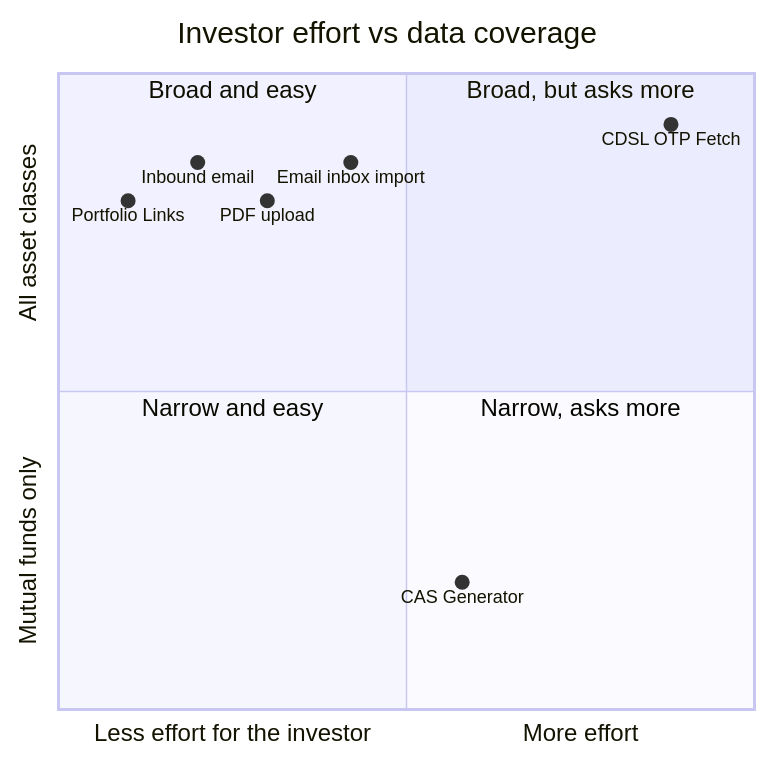
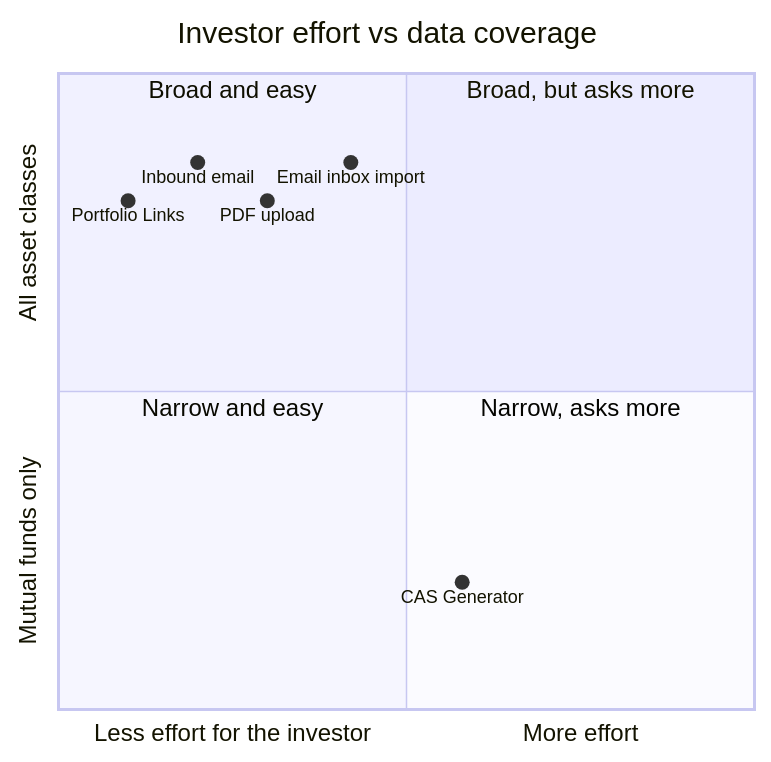
Before and after one commit to CASParser/agent-toolkit: the second of 2 diagrams in docs/guides/parsing.mdx, drawn with Mermaid. The commit also changed other lines of this file, not shown here.

Commit message:
docs: drop CDSL OTP Fetch from the ingestion comparison

````diff
--- a/docs/guides/parsing.mdx
+++ b/docs/guides/parsing.mdx
@@ -20,16 +20,15 @@
 ```mermaid
 quadrantChart
     title Investor effort vs data coverage
     x-axis "Less effort for the investor" --> "More effort"
     y-axis "Mutual funds only" --> "All asset classes"
     quadrant-1 "Broad, but asks more"
     quadrant-2 "Broad and easy"
     quadrant-3 "Narrow and easy"
     quadrant-4 "Narrow, asks more"
     "Portfolio Links": [0.10, 0.80]
     "Inbound email": [0.20, 0.86]
     "PDF upload": [0.30, 0.80]
     "Email inbox import": [0.42, 0.86]
     "CAS Generator": [0.58, 0.20]
-    "CDSL OTP Fetch": [0.88, 0.92]
 ```
````
